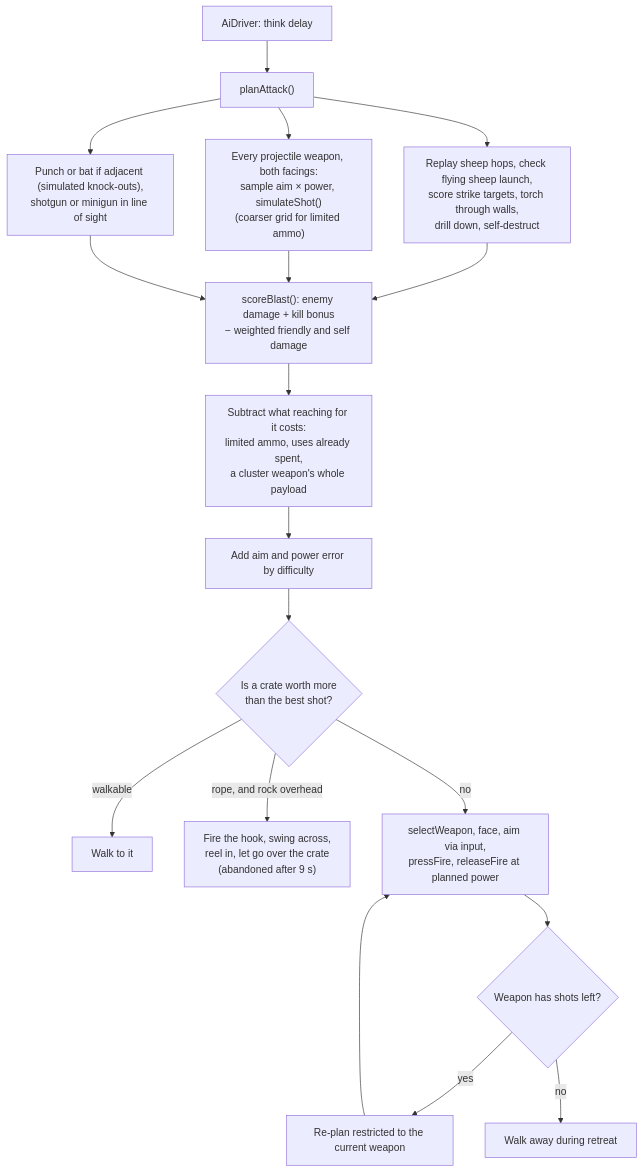
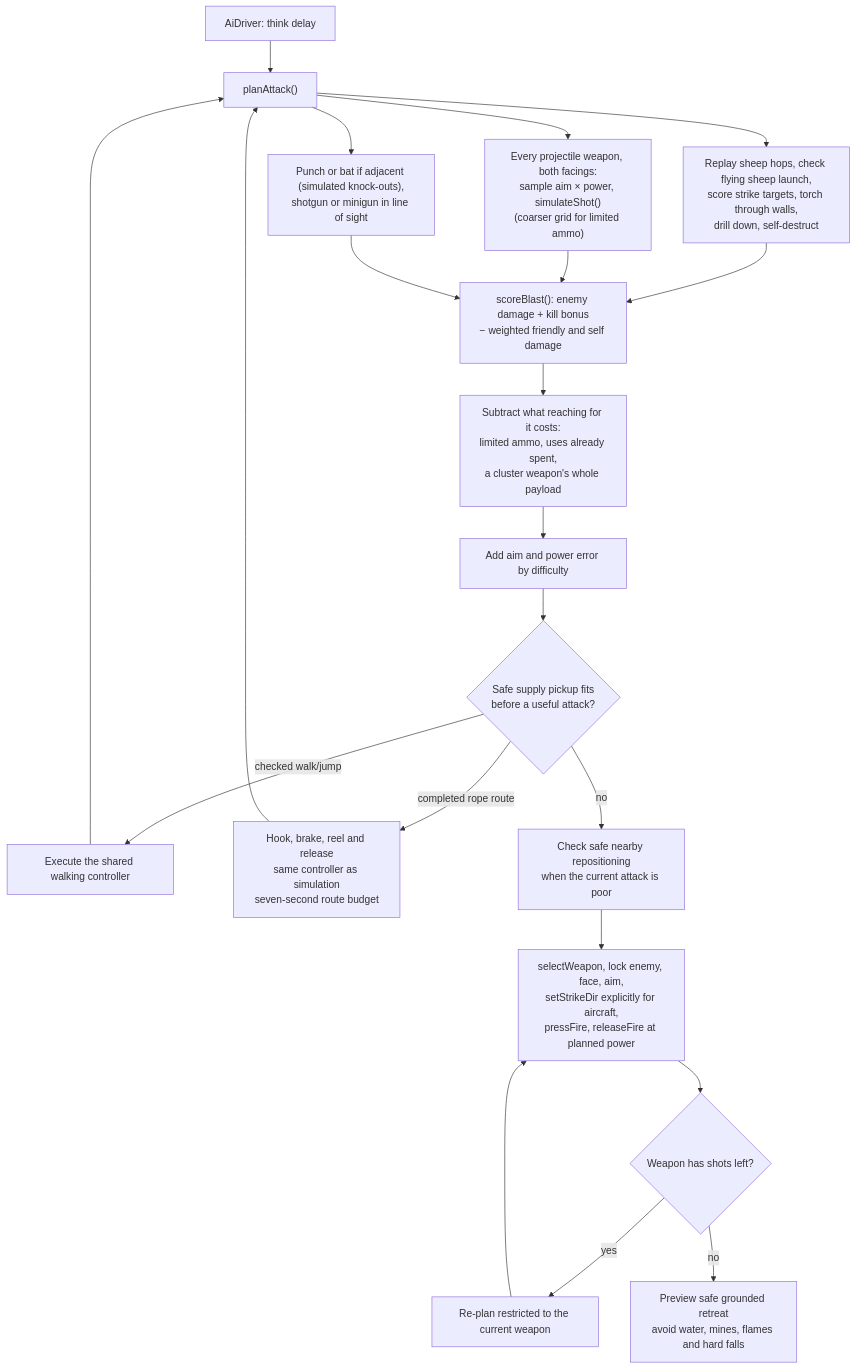
One commit to marcelpetrick/AlliumAssault changed the eighth of 9 diagrams in docs/ARCHITECTURE.md. Above: the diagram before and after it, drawn with Mermaid. The commit also changed other lines of this file and 97 other files, not shown here.

````diff
--- a/docs/ARCHITECTURE.md
+++ b/docs/ARCHITECTURE.md
@@ -314,19 +320,22 @@
 ```mermaid
 flowchart TD
   think["AiDriver: think delay"] --> plan["planAttack()"]
   plan --> sample["Every projectile weapon, both facings:<br/>sample aim × power, simulateShot()<br/>(coarser grid for limited ammo)"]
   plan --> special["Replay sheep hops, check flying sheep launch,<br/>score strike targets, torch through walls,<br/>drill down, self-destruct"]
   plan --> melee["Punch or bat if adjacent (simulated knock-outs),<br/>shotgun or minigun in line of sight"]
   special --> score
   sample --> score["scoreBlast(): enemy damage + kill bonus<br/>− weighted friendly and self damage"]
   melee --> score
   score --> cost["Subtract what reaching for it costs:<br/>limited ammo, uses already spent,<br/>a cluster weapon's whole payload"]
   cost --> noise["Add aim and power error by difficulty"]
-  noise --> shop{"Is a crate worth more<br/>than the best shot?"}
-  shop -- "walkable" --> walk["Walk to it"]
-  shop -- "rope, and rock overhead" --> swing["Fire the hook, swing across,<br/>reel in, let go over the crate<br/>(abandoned after 9 s)"]
-  shop -- no --> act["selectWeapon, face, aim via input,<br/>pressFire, releaseFire at planned power"]
+  noise --> shop{"Safe supply pickup fits<br/>before a useful attack?"}
+  shop -- "checked walk/jump" --> walk["Execute the shared walking controller"]
+  shop -- "completed rope route" --> swing["Hook, brake, reel and release<br/>same controller as simulation<br/>seven-second route budget"]
+  walk --> plan
+  swing --> plan
+  shop -- no --> position["Check safe nearby repositioning<br/>when the current attack is poor"]
+  position --> act["selectWeapon, lock enemy, face, aim,<br/>setStrikeDir explicitly for aircraft,<br/>pressFire, releaseFire at planned power"]
   act --> more{"Weapon has shots left?"}
   more -- yes --> replan["Re-plan restricted to the current weapon"] --> act
-  more -- no --> retreat["Walk away during retreat"]
+  more -- no --> retreat["Preview safe grounded retreat<br/>avoid water, mines, flames and hard falls"]
 ```
````
